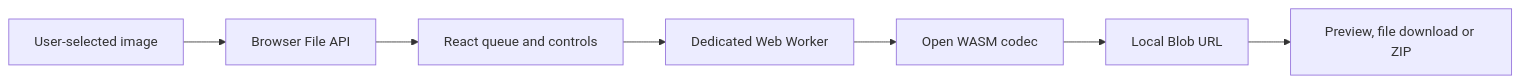
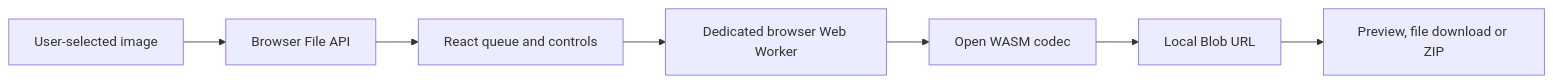
The diagram in docs/ARCHITECTURE.md (wilfgrainger/zerobytemode), drawn with Mermaid before and after one commit. The commit also changed other lines of this file and 3 other files, not shown here.

````diff
--- a/docs/ARCHITECTURE.md
+++ b/docs/ARCHITECTURE.md
@@ -11,12 +11,12 @@
 ```mermaid
 flowchart LR
     User[User-selected image]
     FileAPI[Browser File API]
     UI[React queue and controls]
-    Worker[Dedicated Web Worker]
+    Worker[Dedicated browser Web Worker]
     Codec[Open WASM codec]
     Blob[Local Blob URL]
     Download[Preview, file download or ZIP]
 
     User --> FileAPI --> UI --> Worker --> Codec --> Blob --> Download
 ```
````
